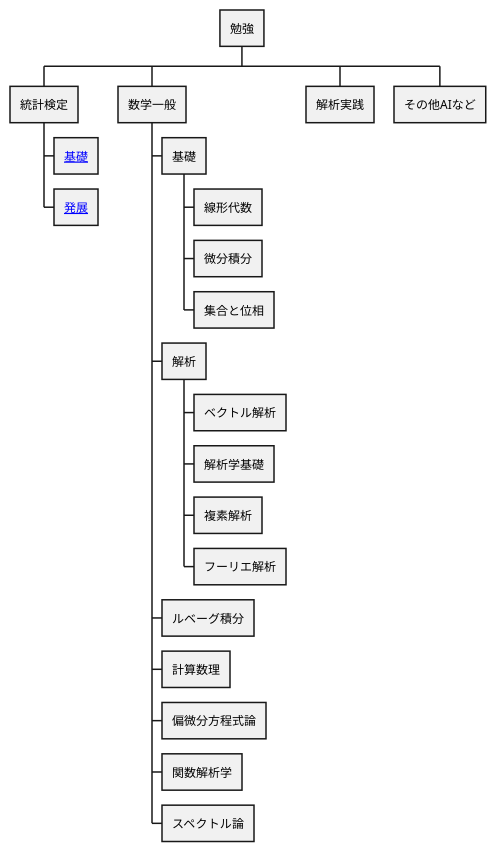
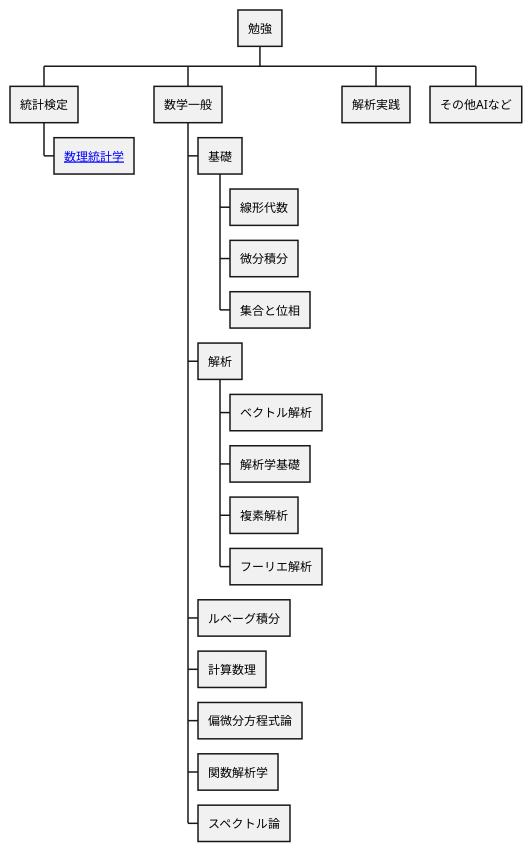
Before and after one commit to kaY-hR/MathNote: the diagram in source/1_概要.md, drawn with PlantUML. The commit also changed 10 other files, not shown here.

````diff
--- a/source/1_概要.md
+++ b/source/1_概要.md
@@ -8,25 +8,24 @@
 ```plantuml
 @startwbs
 * 勉強
 ** 統計検定
-*** [[index.html?tab=3 基礎]]
-*** [[index.html?tab=2 発展]]
+*** [[index.html?tab=2 数理統計学]]
 ** 数学一般
 *** 基礎
 **** 線形代数
 **** 微分積分
 **** 集合と位相
 *** 解析
 **** ベクトル解析
 **** 解析学基礎
 **** 複素解析
 **** フーリエ解析
 *** ルベーグ積分
 *** 計算数理
 *** 偏微分方程式論
 *** 関数解析学
 *** スペクトル論
 ** 解析実践
 ** その他AIなど
 @endwbs
 ```
````
